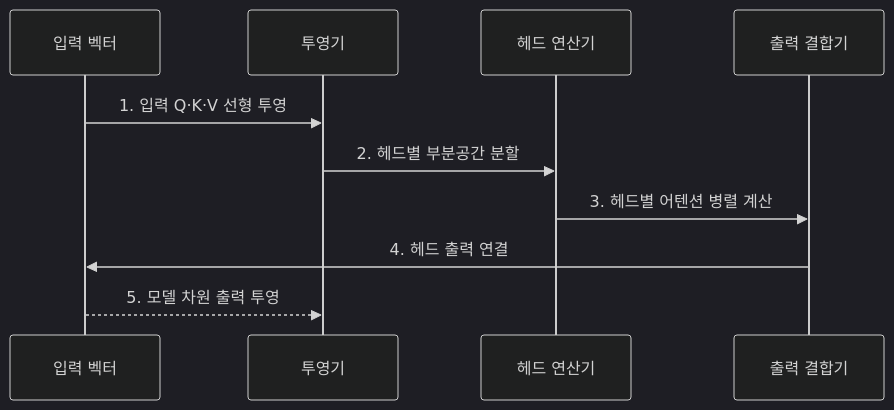
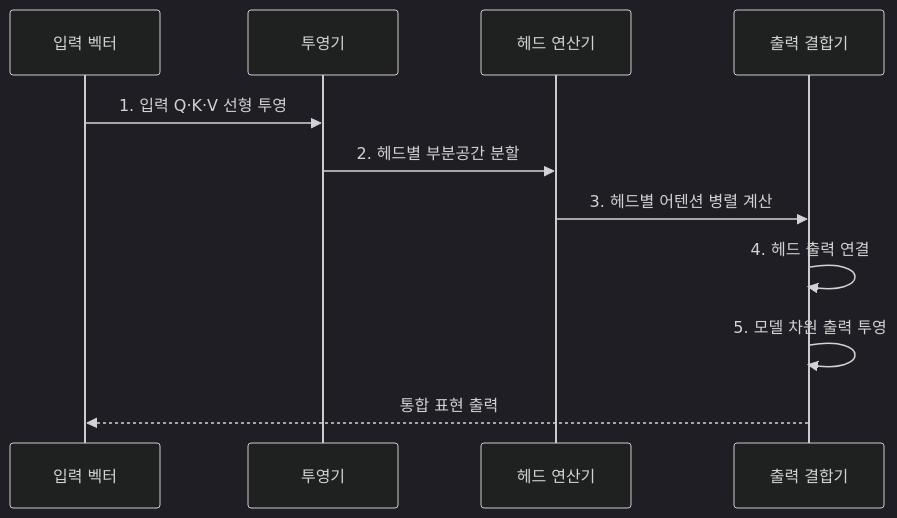
Before and after one commit to agnusdei1207/knowledge-base: the second of 2 diagrams in src/content/docs/notes/08-latest-tech/030_multi_head_attention.md, drawn with Mermaid (dark theme). The commit also changed other lines of this file and 225 other files, not shown here.

````diff
--- a/src/content/docs/notes/08-latest-tech/030_multi_head_attention.md
+++ b/src/content/docs/notes/08-latest-tech/030_multi_head_attention.md
@@ -78,12 +78,13 @@
 ```mermaid
 sequenceDiagram
     participant I as 입력 벡터
     participant P as 투영기
     participant H as 헤드 연산기
     participant C as 출력 결합기
     I->>P: 1. 입력 Q·K·V 선형 투영
     P->>H: 2. 헤드별 부분공간 분할
     H->>C: 3. 헤드별 어텐션 병렬 계산
-    C->>I: 4. 헤드 출력 연결
-    I-->>P: 5. 모델 차원 출력 투영
+    C->>C: 4. 헤드 출력 연결
+    C->>C: 5. 모델 차원 출력 투영
+    C-->>I: 통합 표현 출력
 ```
````
